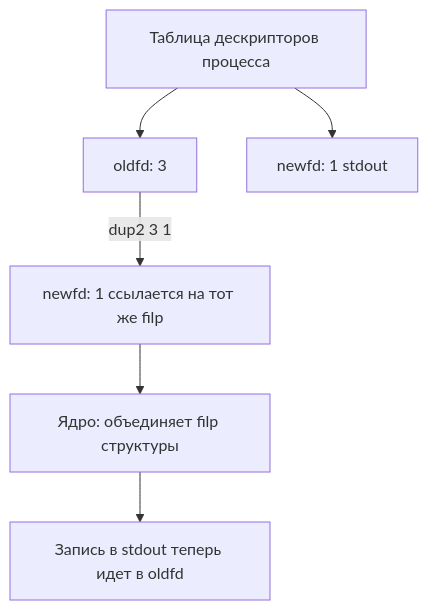
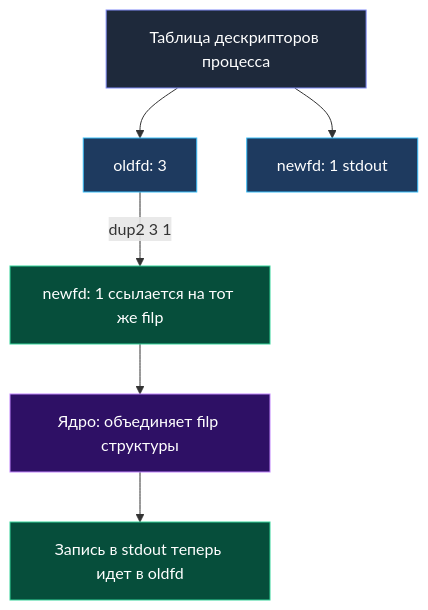
The second of 3 diagrams in sources/2. Устройство и работа ОС/26. Pipe, Named Pipe и перенаправление потоков.md (UnrealTemplier/go-textbook), drawn with Mermaid before and after one commit. The commit also changed other lines of this file, not shown here.

````diff
--- a/sources/2. Устройство и работа ОС/26. Pipe, Named Pipe и перенаправление потоков.md
+++ b/sources/2. Устройство и работа ОС/26. Pipe, Named Pipe и перенаправление потоков.md
@@ -69,8 +87,15 @@
 ```mermaid
 flowchart TD
     A["Таблица дескрипторов процесса"] --> B["oldfd: 3"]
     A --> C["newfd: 1 stdout"]
     B -->|dup2 3 1| D["newfd: 1 ссылается на тот же filp"]
     D --> E["Ядро: объединяет filp структуры"]
     E --> F["Запись в stdout теперь идет в oldfd"]
+
+    style A fill:#1e293b,stroke:#818cf8,color:#fff
+    style B fill:#1e3a5f,stroke:#38bdf8,color:#fff
+    style C fill:#1e3a5f,stroke:#38bdf8,color:#fff
+    style D fill:#064e3b,stroke:#34d399,color:#fff
+    style E fill:#2e1065,stroke:#c084fc,color:#fff
+    style F fill:#064e3b,stroke:#34d399,color:#fff
 ```
````
